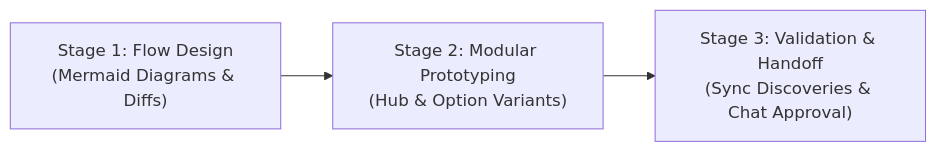
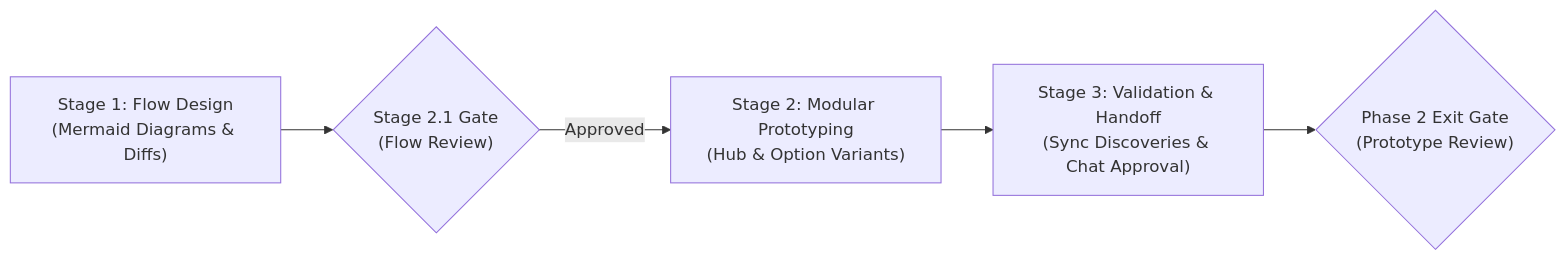
Before and after one commit to techoshik/skills: the first of 3 diagrams in .agents/skills/lifecycle-flows/SKILL.md, drawn with Mermaid. The commit also changed other lines of this file and 6 other files, not shown here.

Commit message:
refactor: update lifecycle agent skills and architectural rules for strict task execution

````diff
--- a/.agents/skills/lifecycle-flows/SKILL.md
+++ b/.agents/skills/lifecycle-flows/SKILL.md
@@ -50,5 +50,7 @@
 ```mermaid
 flowchart LR
-    S1["Stage 1: Flow Design\n(Mermaid Diagrams & Diffs)"] --> S2["Stage 2: Modular Prototyping\n(Hub & Option Variants)"]
+    S1["Stage 1: Flow Design\n(Mermaid Diagrams & Diffs)"] --> G1{"Stage 2.1 Gate\n(Flow Review)"}
+    G1 -- Approved --> S2["Stage 2: Modular Prototyping\n(Hub & Option Variants)"]
     S2 --> S3["Stage 3: Validation & Handoff\n(Sync Discoveries & Chat Approval)"]
+    S3 --> G2{"Phase 2 Exit Gate\n(Prototype Review)"}
 ```
````
